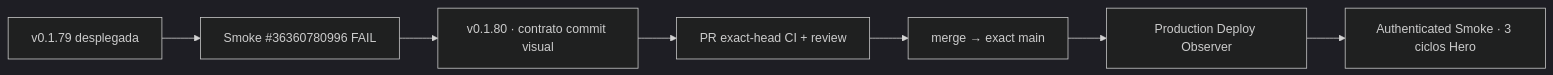
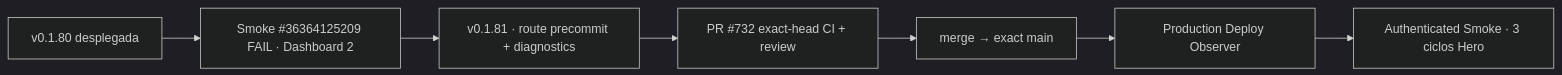
Before and after one commit to pl0n3r/brvtal: the diagram in README.md, drawn with Mermaid (dark theme). The commit also changed other lines of this file and 7 other files, not shown here.

````diff
--- a/README.md
+++ b/README.md
@@ -72,9 +73,9 @@
 ```mermaid
 flowchart LR
-  A["v0.1.79 desplegada"] --> B["Smoke #36360780996 FAIL"]
-  B --> C["v0.1.80 · contrato commit visual"]
-  C --> D["PR exact-head CI + review"]
+  A["v0.1.80 desplegada"] --> B["Smoke #36364125209 FAIL · Dashboard 2"]
+  B --> C["v0.1.81 · route precommit + diagnostics"]
+  C --> D["PR #732 exact-head CI + review"]
   D --> E["merge → exact main"]
   E --> F["Production Deploy Observer"]
   F --> G["Authenticated Smoke · 3 ciclos Hero"]
 ```
````
